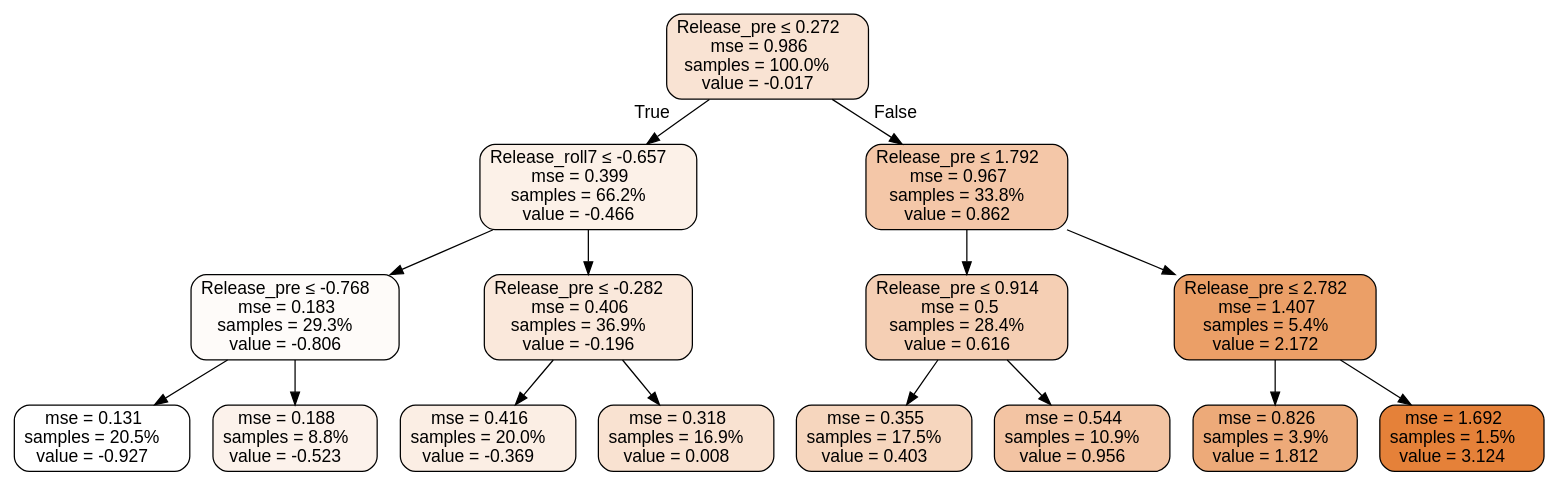
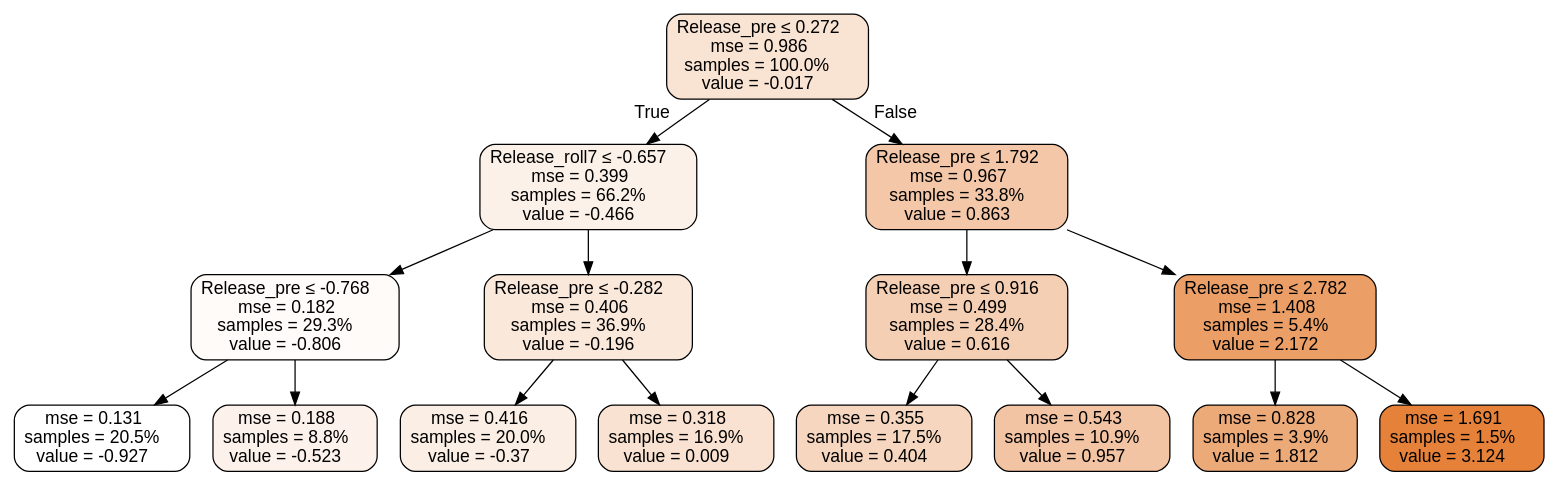
Before and after one commit to lcford2/predict-release: the diagram in results/treed_ml_model/upstream_basic_td3_roll7/tree.dot, drawn with Graphviz. The commit also changed 18 other files, not shown here.

```diff
--- a/results/treed_ml_model/upstream_basic_td3_roll7/tree.dot
+++ b/results/treed_ml_model/upstream_basic_td3_roll7/tree.dot
@@ -1,33 +1,33 @@
 digraph Tree {
 node [shape=box, style="filled, rounded", color="black", fontname=helvetica] ;
 edge [fontname=helvetica] ;
 0 [label=<Release_pre &le; 0.272<br/>mse = 0.986<br/>samples = 100.0%<br/>value = -0.017>, fillcolor="#f9e3d3"] ;
 1 [label=<Release_roll7 &le; -0.657<br/>mse = 0.399<br/>samples = 66.2%<br/>value = -0.466>, fillcolor="#fcf1e8"] ;
 0 -> 1 [labeldistance=2.5, labelangle=45, headlabel="True"] ;
-2 [label=<Release_pre &le; -0.768<br/>mse = 0.183<br/>samples = 29.3%<br/>value = -0.806>, fillcolor="#fefbf9"] ;
+2 [label=<Release_pre &le; -0.768<br/>mse = 0.182<br/>samples = 29.3%<br/>value = -0.806>, fillcolor="#fefbf9"] ;
 1 -> 2 ;
 3 [label=<mse = 0.131<br/>samples = 20.5%<br/>value = -0.927>, fillcolor="#ffffff"] ;
 2 -> 3 ;
 4 [label=<mse = 0.188<br/>samples = 8.8%<br/>value = -0.523>, fillcolor="#fcf2eb"] ;
 2 -> 4 ;
 5 [label=<Release_pre &le; -0.282<br/>mse = 0.406<br/>samples = 36.9%<br/>value = -0.196>, fillcolor="#fae8db"] ;
 1 -> 5 ;
-6 [label=<mse = 0.416<br/>samples = 20.0%<br/>value = -0.369>, fillcolor="#fbeee4"] ;
+6 [label=<mse = 0.416<br/>samples = 20.0%<br/>value = -0.37>, fillcolor="#fbeee4"] ;
 5 -> 6 ;
-7 [label=<mse = 0.318<br/>samples = 16.9%<br/>value = 0.008>, fillcolor="#f9e2d1"] ;
+7 [label=<mse = 0.318<br/>samples = 16.9%<br/>value = 0.009>, fillcolor="#f9e2d1"] ;
 5 -> 7 ;
-8 [label=<Release_pre &le; 1.792<br/>mse = 0.967<br/>samples = 33.8%<br/>value = 0.862>, fillcolor="#f4c7a8"] ;
+8 [label=<Release_pre &le; 1.792<br/>mse = 0.967<br/>samples = 33.8%<br/>value = 0.863>, fillcolor="#f4c7a8"] ;
 0 -> 8 [labeldistance=2.5, labelangle=-45, headlabel="False"] ;
-9 [label=<Release_pre &le; 0.914<br/>mse = 0.5<br/>samples = 28.4%<br/>value = 0.616>, fillcolor="#f5cfb4"] ;
+9 [label=<Release_pre &le; 0.916<br/>mse = 0.499<br/>samples = 28.4%<br/>value = 0.616>, fillcolor="#f5cfb4"] ;
 8 -> 9 ;
-10 [label=<mse = 0.355<br/>samples = 17.5%<br/>value = 0.403>, fillcolor="#f6d6be"] ;
+10 [label=<mse = 0.355<br/>samples = 17.5%<br/>value = 0.404>, fillcolor="#f6d6be"] ;
 9 -> 10 ;
-11 [label=<mse = 0.544<br/>samples = 10.9%<br/>value = 0.956>, fillcolor="#f3c4a3"] ;
+11 [label=<mse = 0.543<br/>samples = 10.9%<br/>value = 0.957>, fillcolor="#f3c4a3"] ;
 9 -> 11 ;
-12 [label=<Release_pre &le; 2.782<br/>mse = 1.407<br/>samples = 5.4%<br/>value = 2.172>, fillcolor="#eb9f67"] ;
+12 [label=<Release_pre &le; 2.782<br/>mse = 1.408<br/>samples = 5.4%<br/>value = 2.172>, fillcolor="#eb9f67"] ;
 8 -> 12 ;
-13 [label=<mse = 0.826<br/>samples = 3.9%<br/>value = 1.812>, fillcolor="#edaa79"] ;
+13 [label=<mse = 0.828<br/>samples = 3.9%<br/>value = 1.812>, fillcolor="#edaa79"] ;
 12 -> 13 ;
-14 [label=<mse = 1.692<br/>samples = 1.5%<br/>value = 3.124>, fillcolor="#e58139"] ;
+14 [label=<mse = 1.691<br/>samples = 1.5%<br/>value = 3.124>, fillcolor="#e58139"] ;
 12 -> 14 ;
 }
```
